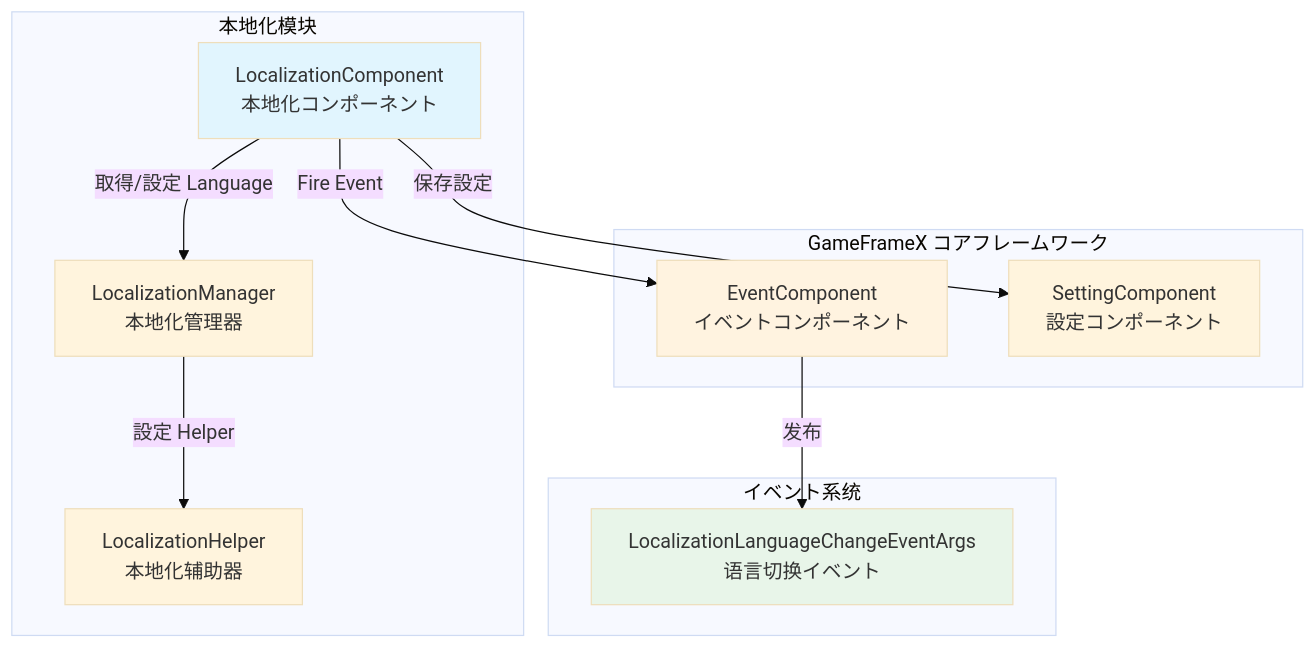
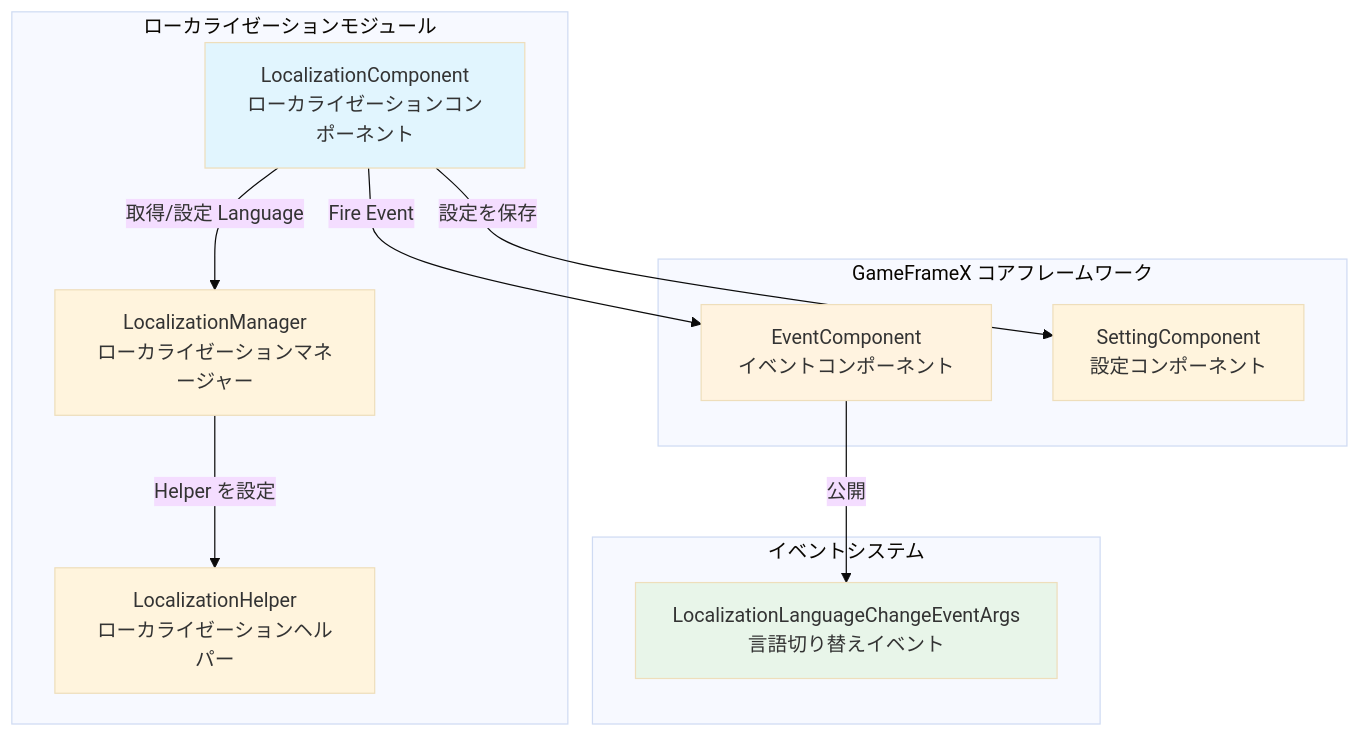
The first of 2 diagrams in docs/ja/client/unity/component/localization/06.language-switching.md (AlianBlank/GameFrameX.Docs), drawn with Mermaid (base theme) before and after one commit. The commit also changed other lines of this file and 320 other files, not shown here.

````diff
--- a/docs/ja/client/unity/component/localization/06.language-switching.md
+++ b/docs/ja/client/unity/component/localization/06.language-switching.md
@@ -22,27 +22,27 @@
 ```mermaid
 flowchart TD
     subgraph GameFrameX["GameFrameX コアフレームワーク"]
         EventComp[EventComponent<br/>イベントコンポーネント]
         SettingComp[SettingComponent<br/>設定コンポーネント]
     end
 
-    subgraph Localization["本地化模块"]
-        LocComp[LocalizationComponent<br/>本地化コンポーネント]
-        LocMgr[LocalizationManager<br/>本地化管理器]
-        Helper[LocalizationHelper<br/>本地化辅助器]
+    subgraph Localization["ローカライゼーションモジュール"]
+        LocComp[LocalizationComponent<br/>ローカライゼーションコンポーネント]
+        LocMgr[LocalizationManager<br/>ローカライゼーションマネージャー]
+        Helper[LocalizationHelper<br/>ローカライゼーションヘルパー]
     end
 
-    subgraph Events["イベント系统"]
-        LangChangeEvent[LocalizationLanguageChangeEventArgs<br/>语言切换イベント]
+    subgraph Events["イベントシステム"]
+        LangChangeEvent[LocalizationLanguageChangeEventArgs<br/>言語切り替えイベント]
     end
 
     LocComp -->|"取得/設定 Language"| LocMgr
     LocComp -->|"Fire Event"| EventComp
-    LocComp -->|"保存設定"| SettingComp
-    LocMgr -->|"設定 Helper"| Helper
-    EventComp -->|"发布"| LangChangeEvent
-    
+    LocComp -->|"設定を保存"| SettingComp
+    LocMgr -->|"Helper を設定"| Helper
+    EventComp -->|"公開"| LangChangeEvent
+
     style LocComp fill:#e1f5fe
     style EventComp fill:#fff3e0
     style LangChangeEvent fill:#e8f5e9
 ```
````
